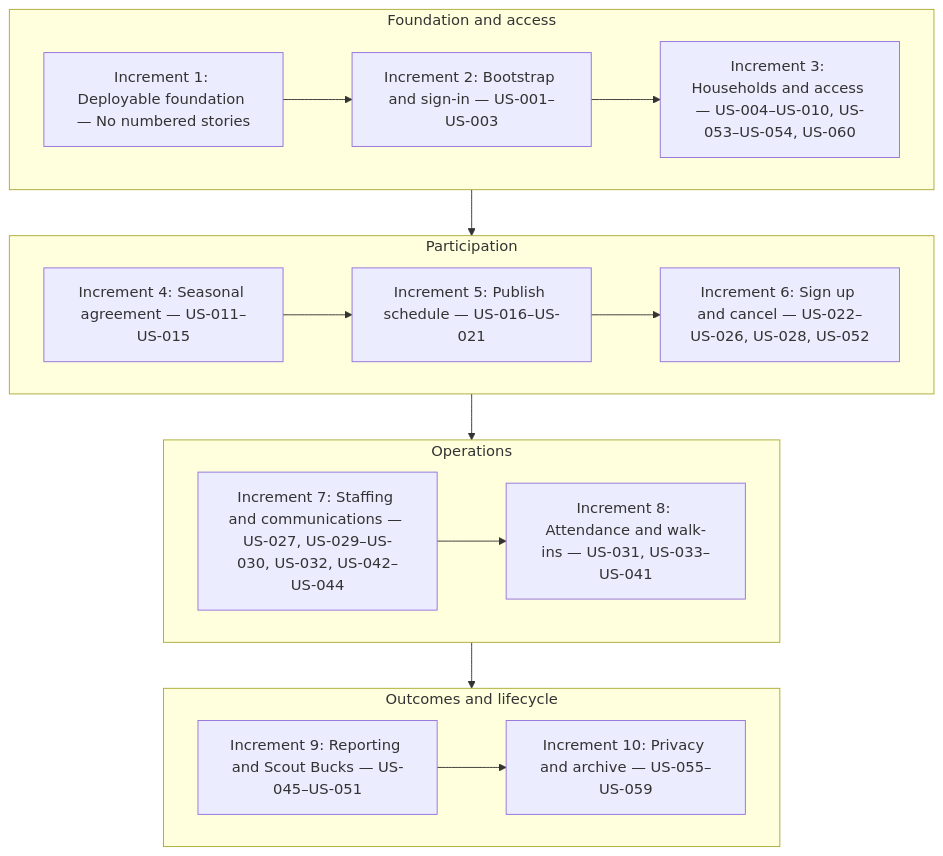
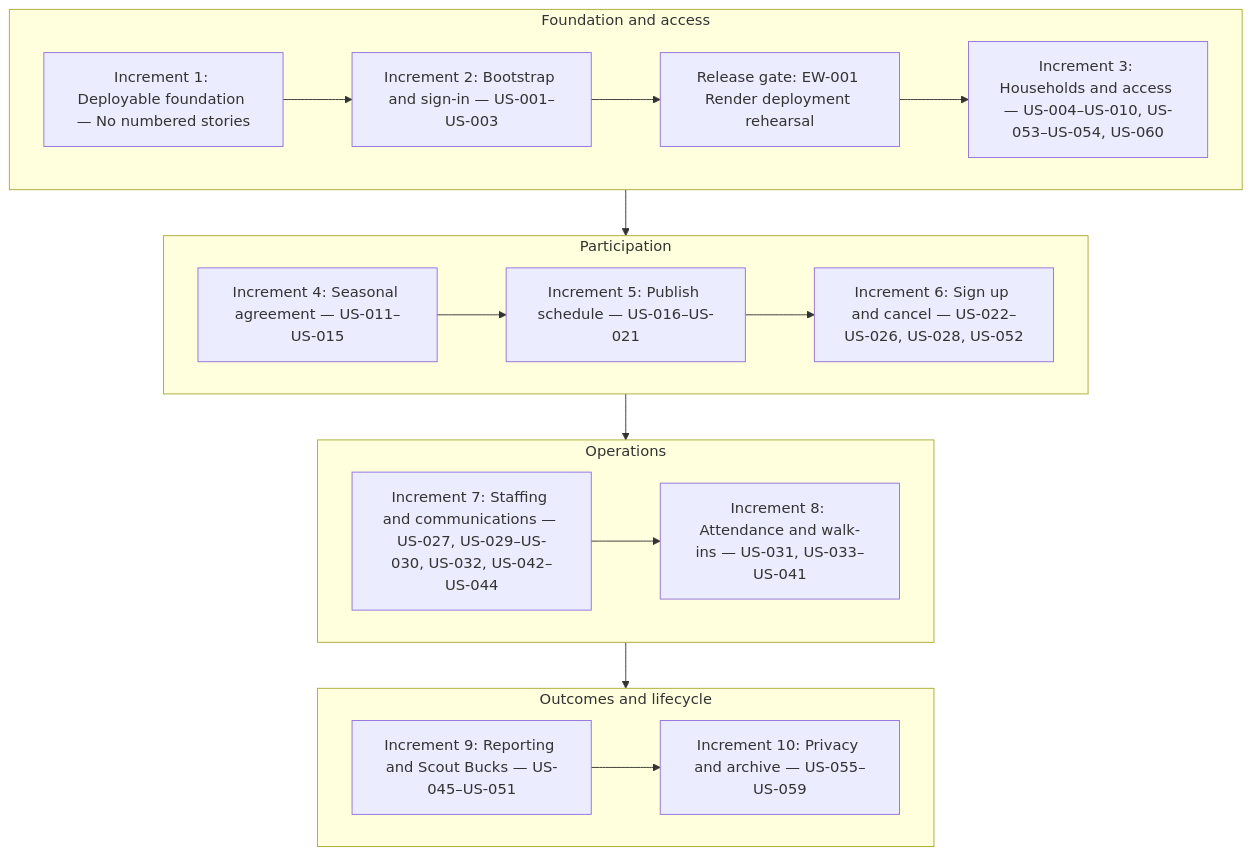
The diagram in docs/user-stories/roadmap.md (BennettSmith/T900TreeLot), drawn with Mermaid before and after one commit. The commit also changed other lines of this file and 2 other files, not shown here.

First line of the commit message:
docs: gate INC-03 on Render deployment rehearsal (#9)

````diff
--- a/docs/user-stories/roadmap.md
+++ b/docs/user-stories/roadmap.md
@@ -9,26 +9,26 @@
 ```mermaid
 flowchart TB
     subgraph foundationStage["Foundation and access"]
         direction LR
-        increment1["Increment 1: Deployable foundation — No numbered stories"] --> increment2["Increment 2: Bootstrap and sign-in — US-001–US-003"] --> increment3["Increment 3: Households and access — US-004–US-010, US-053–US-054, US-060"]
+        increment1["Increment 1: Deployable foundation — No numbered stories"] --> increment2["Increment 2: Bootstrap and sign-in — US-001–US-003"] --> ew001["Release gate: EW-001 Render deployment rehearsal"] --> increment3["Increment 3: Households and access — US-004–US-010, US-053–US-054, US-060"]
     end
 
     subgraph participationStage["Participation"]
         direction LR
         increment4["Increment 4: Seasonal agreement — US-011–US-015"] --> increment5["Increment 5: Publish schedule — US-016–US-021"] --> increment6["Increment 6: Sign up and cancel — US-022–US-026, US-028, US-052"]
     end
 
     subgraph operationsStage["Operations"]
         direction LR
         increment7["Increment 7: Staffing and communications — US-027, US-029–US-030, US-032, US-042–US-044"] --> increment8["Increment 8: Attendance and walk-ins — US-031, US-033–US-041"]
     end
 
     subgraph outcomesStage["Outcomes and lifecycle"]
         direction LR
         increment9["Increment 9: Reporting and Scout Bucks — US-045–US-051"] --> increment10["Increment 10: Privacy and archive — US-055–US-059"]
     end
 
     increment3 --> increment4
     increment6 --> increment7
     increment8 --> increment9
 ```
````
